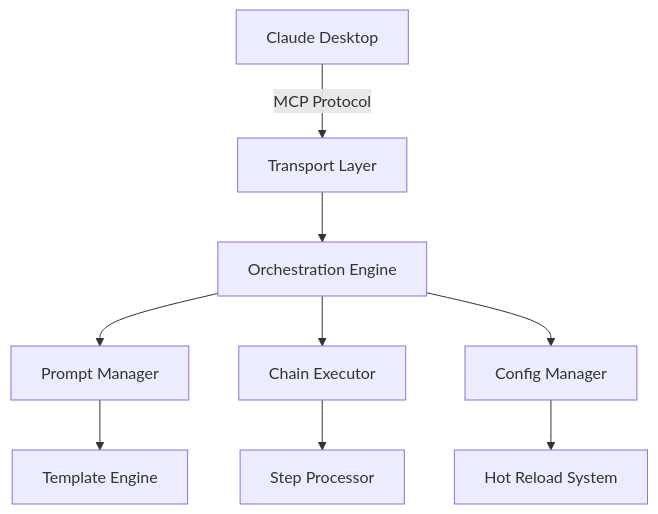
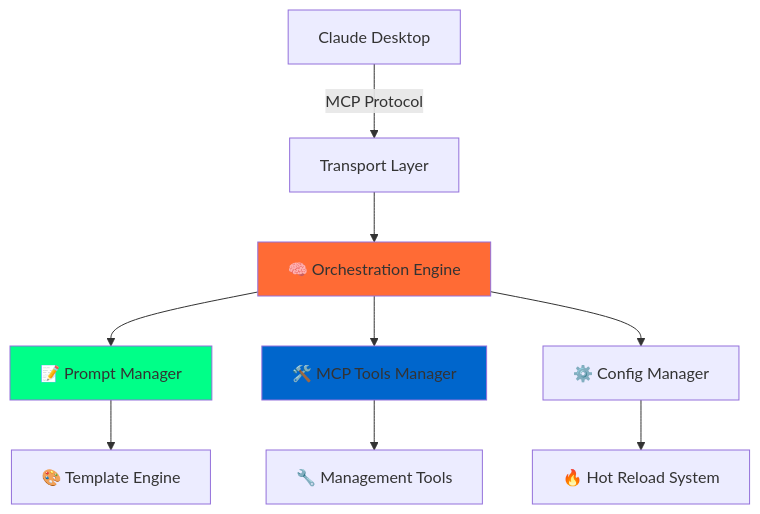
The diagram in README.md (yanakeas/claude-prompts-mcp), drawn with Mermaid before and after one commit. The commit also changed other lines of this file and 5 other files, not shown here.

````diff
--- a/README.md
+++ b/README.md
@@ -118,11 +235,15 @@
 ```mermaid
 graph TB
     A[Claude Desktop] -->|MCP Protocol| B[Transport Layer]
-    B --> C[Orchestration Engine]
-    C --> D[Prompt Manager]
-    C --> E[Chain Executor]
-    C --> F[Config Manager]
-    D --> G[Template Engine]
-    E --> H[Step Processor]
-    F --> I[Hot Reload System]
+    B --> C[🧠 Orchestration Engine]
+    C --> D[📝 Prompt Manager]
+    C --> E[🛠️ MCP Tools Manager]
+    C --> F[⚙️ Config Manager]
+    D --> G[🎨 Template Engine]
+    E --> H[🔧 Management Tools]
+    F --> I[🔥 Hot Reload System]
+
+    style C fill:#ff6b35
+    style D fill:#00ff88
+    style E fill:#0066cc
 ```
````
